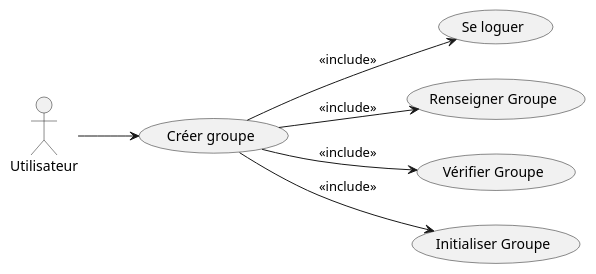
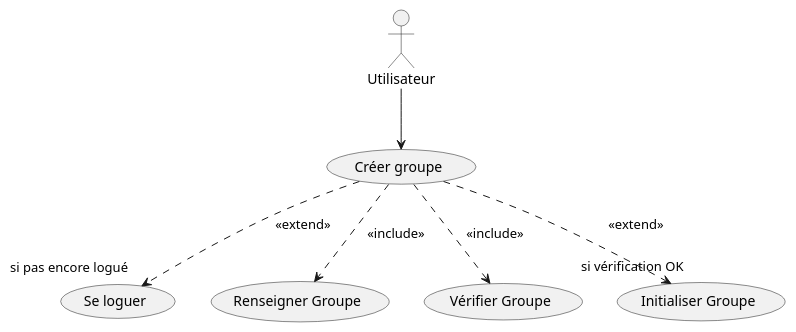
One commit to SkDAnS/CLIM changed the diagram in Projet1.0/uml/creerGroupe.puml. Above: the diagram before and after it, drawn with PlantUML. The commit also changed 27 other files, not shown here.

```diff
--- a/Projet1.0/uml/creerGroupe.puml
+++ b/Projet1.0/uml/creerGroupe.puml
@@ -1,19 +1,18 @@
 @startuml
-left to right direction
-
 actor Utilisateur
 
-usecase "Créer groupe" as UC_Create
-usecase "Se loguer" as UC_Login
-usecase "Renseigner Groupe" as UC_Info
-usecase "Vérifier Groupe" as UC_Check
+usecase "Créer groupe" as UC_Creer
+usecase "Se loguer" as UC_Log
+usecase "Renseigner Groupe" as UC_Rens
+usecase "Vérifier Groupe" as UC_Verif
 usecase "Initialiser Groupe" as UC_Init
 
-Utilisateur --> UC_Create
+Utilisateur --> UC_Creer
 
-UC_Create --> UC_Login : <<include>>
-UC_Create --> UC_Info : <<include>>
-UC_Create --> UC_Check : <<include>>
-UC_Create --> UC_Init : <<include>>
+UC_Creer ..> UC_Rens : <<include>>
+UC_Creer ..> UC_Verif : <<include>>
+
+UC_Creer ..> UC_Log : <<extend>>\n"si pas encore logué"
+UC_Creer ..> UC_Init : <<extend>>\n"si vérification OK"
 
 @enduml
```
